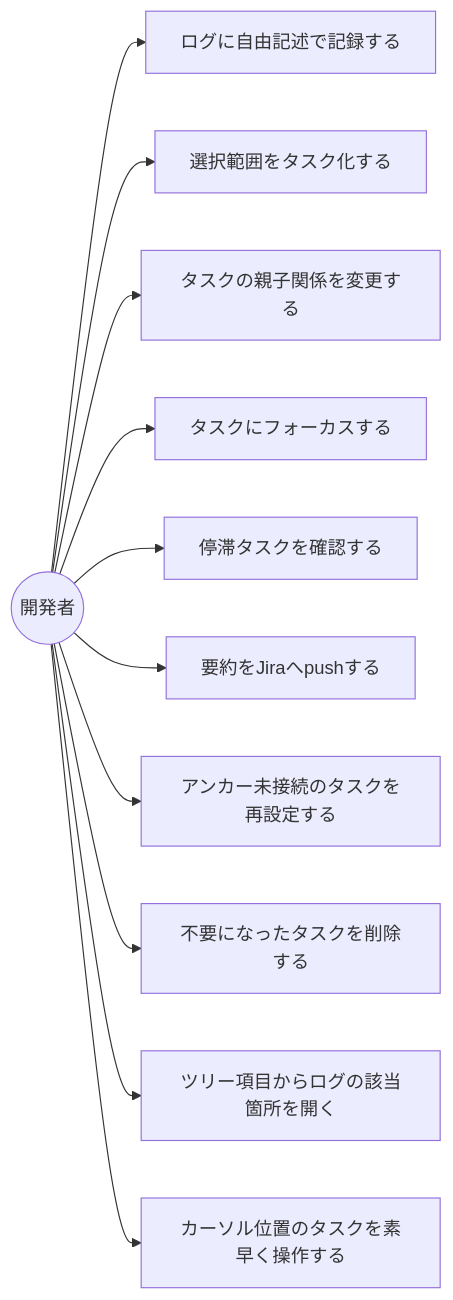
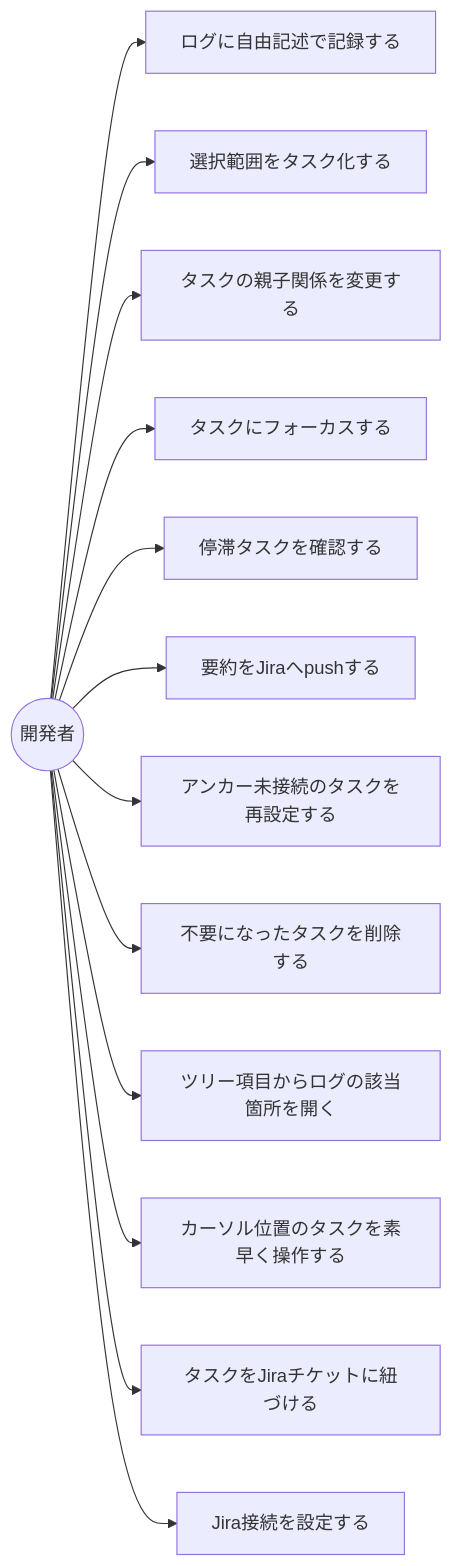
One commit to hoppoco/vscode-task-log changed the third of 3 diagrams in docs/functional-design.md. Above: the diagram before and after it, drawn with Mermaid. The commit also changed other lines of this file and 18 other files, not shown here.

````diff
--- a/docs/functional-design.md
+++ b/docs/functional-design.md
@@ -106,13 +108,15 @@
 ```mermaid
 graph LR
   U((開発者)) --> UC1[ログに自由記述で記録する]
   U --> UC2[選択範囲をタスク化する]
   U --> UC3[タスクの親子関係を変更する]
   U --> UC4[タスクにフォーカスする]
   U --> UC5[停滞タスクを確認する]
   U --> UC6[要約をJiraへpushする]
   U --> UC7[アンカー未接続のタスクを再設定する]
   U --> UC8[不要になったタスクを削除する]
   U --> UC9[ツリー項目からログの該当箇所を開く]
   U --> UC10[カーソル位置のタスクを素早く操作する]
+  U --> UC11[タスクをJiraチケットに紐づける]
+  U --> UC12[Jira接続を設定する]
 ```
````
